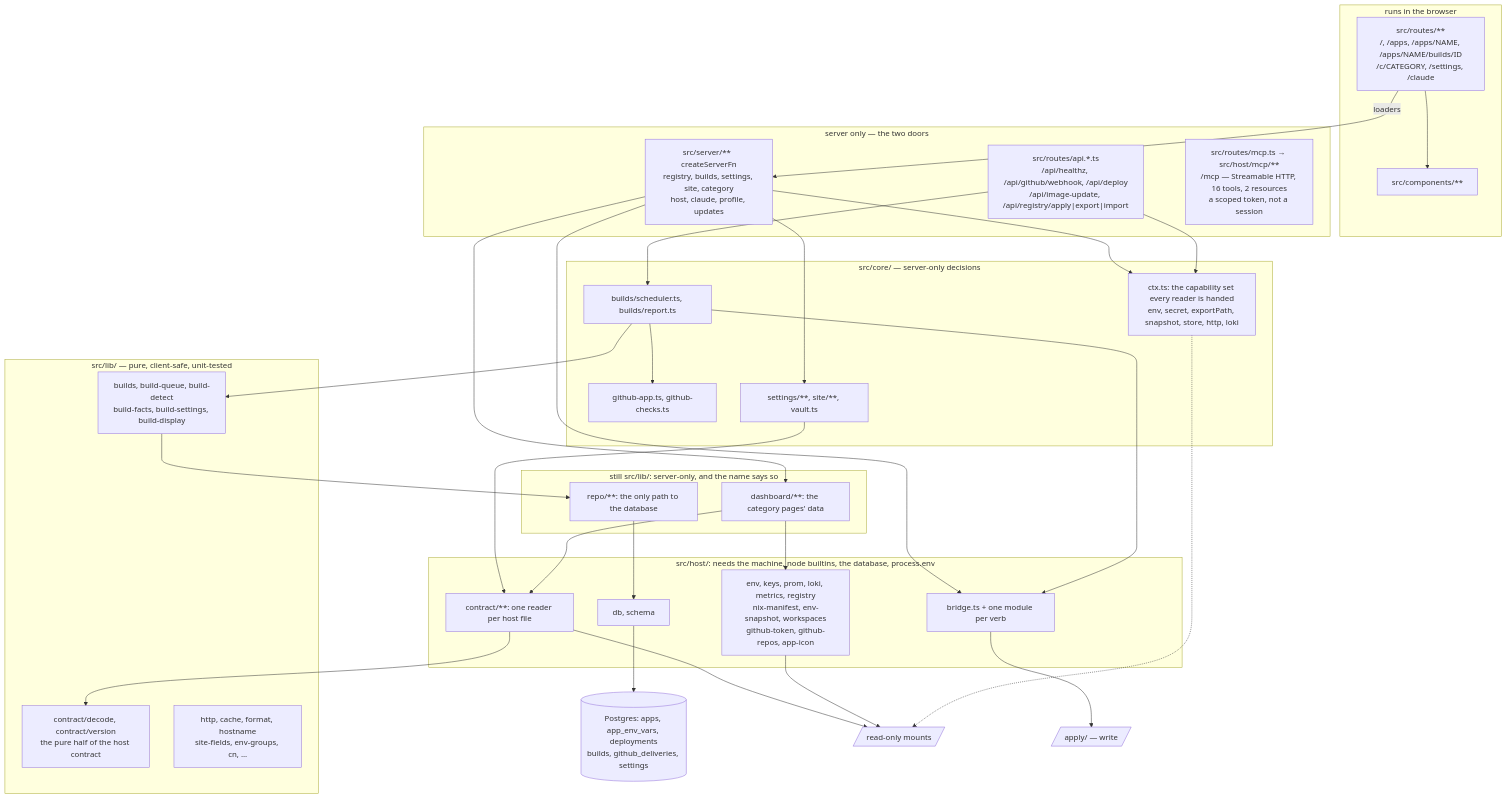
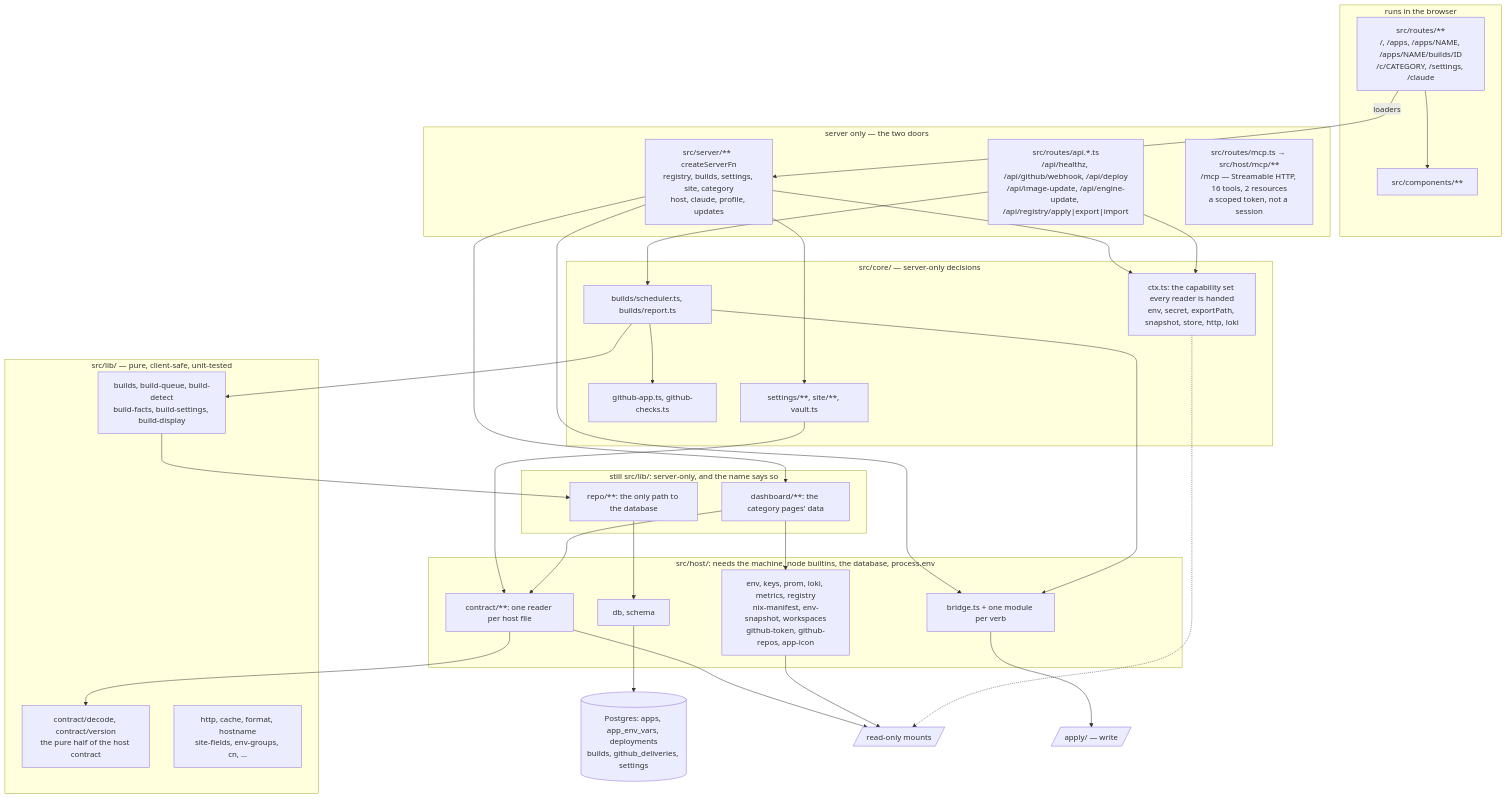
The fourth of 5 diagrams in ARCHITECTURE.md (santiagotoscanini/daedalus), drawn with Mermaid before and after one commit. The commit also changed other lines of this file and 37 other files, not shown here.

First line of the commit message:
app: the engine as a managed input — Update daedalus, the engine override, schema fixtures

````diff
--- a/ARCHITECTURE.md
+++ b/ARCHITECTURE.md
@@ -219,64 +220,64 @@
 ```mermaid
 flowchart TB
   subgraph client["runs in the browser"]
     Routes["src/routes/**<br/>/, /apps, /apps/NAME, /apps/NAME/builds/ID<br/>/c/CATEGORY, /settings, /claude"]
     Comps["src/components/**"]
   end
 
   subgraph edge["server only — the two doors"]
     Srv["src/server/**  createServerFn<br/>registry, builds, settings, site, category<br/>host, claude, profile, updates"]
-    Api["src/routes/api.*.ts<br/>/api/healthz, /api/github/webhook, /api/deploy<br/>/api/image-update, /api/registry/apply|export|import"]
+    Api["src/routes/api.*.ts<br/>/api/healthz, /api/github/webhook, /api/deploy<br/>/api/image-update, /api/engine-update, /api/registry/apply|export|import"]
     Mcp["src/routes/mcp.ts → src/host/mcp/**<br/>/mcp — Streamable HTTP, 16 tools, 2 resources<br/>a scoped token, not a session"]
   end
 
   subgraph core["src/core/ — server-only decisions"]
     Ctx["ctx.ts: the capability set every reader is handed<br/>env, secret, exportPath, snapshot, store, http, loki"]
     Bld["builds/scheduler.ts, builds/report.ts"]
     Ghc["github-app.ts, github-checks.ts"]
     Set["settings/**, site/**, vault.ts"]
   end
 
   subgraph lib["src/lib/ — pure, client-safe, unit-tested"]
     BuildLib["builds, build-queue, build-detect<br/>build-facts, build-settings, build-display"]
     Decode["contract/decode, contract/version<br/>the pure half of the host contract"]
     Shared["http, cache, format, hostname<br/>site-fields, env-groups, cn, ..."]
   end
 
   subgraph named["still src/lib/: server-only, and the name says so"]
     Repo["repo/**: the only path to the database"]
     Dash["dashboard/**: the category pages' data"]
   end
 
   subgraph host["src/host/: needs the machine, node builtins, the database, process.env"]
     Bridges["bridge.ts + one module per verb"]
     Contract["contract/**: one reader per host file"]
     Dbm["db, schema"]
     Clients["env, keys, prom, loki, metrics, registry<br/>nix-manifest, env-snapshot, workspaces<br/>github-token, github-repos, app-icon"]
   end
 
   DB[("Postgres: apps, app_env_vars, deployments<br/>builds, github_deliveries, settings")]
   Snap[/"read-only mounts"/]
   Apply[/"apply/ — write"/]
 
   Routes --> Comps
   Routes -- "loaders" --> Srv
   Srv --> Ctx
   Api --> Ctx
   Srv --> Bridges
   Srv --> Set
   Srv --> Dash
   Api --> Bld
   Bld --> BuildLib
   Bld --> Ghc
   Bld --> Bridges
   BuildLib --> Repo
   Set --> Contract
   Dash --> Contract
   Dash --> Clients
   Repo --> Dbm --> DB
   Contract --> Decode
   Contract --> Snap
   Clients --> Snap
   Bridges --> Apply
   Ctx -.-> Snap
 ```
````
